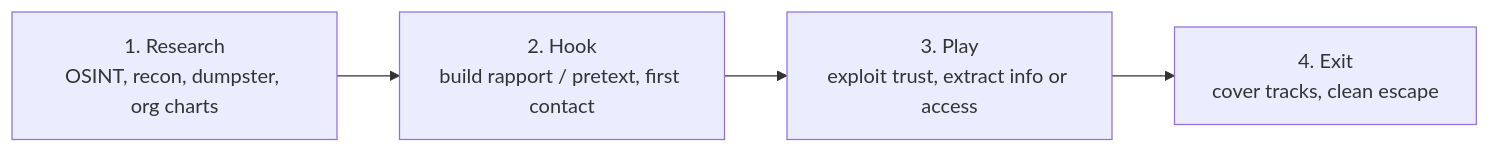
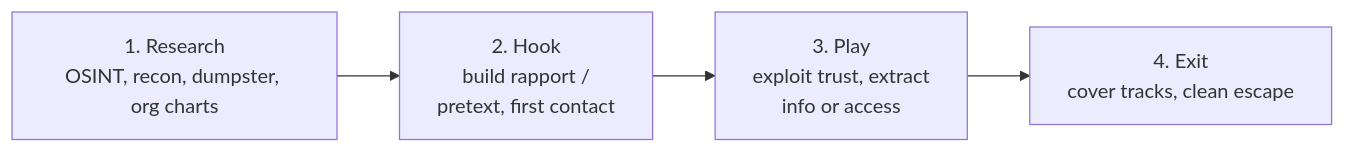
The diagram in certs/ceh/modules/09-social-engineering/README.md (morandeirachema/CyberCerts), drawn with Mermaid before and after one commit. The commit also changed other lines of this file and 106 other files, not shown here.

````diff
--- a/certs/ceh/modules/09-social-engineering/README.md
+++ b/certs/ceh/modules/09-social-engineering/README.md
@@ -73,4 +73,4 @@
 ```mermaid
 flowchart LR
-    A["1. Research<br/>OSINT, recon, dumpster, org charts"] --> B["2. Hook<br/>build rapport / pretext, first contact"] --> C["3. Play<br/>exploit trust, extract info or access"] --> D["4. Exit<br/>cover tracks, clean escape"]
+    A["1. Research<br/>OSINT, recon, dumpster, org charts"] --> B["2. Hook<br/>build rapport /<br/>pretext, first contact"] --> C["3. Play<br/>exploit trust, extract<br/>info or access"] --> D["4. Exit<br/>cover tracks, clean escape"]
 ```
````
